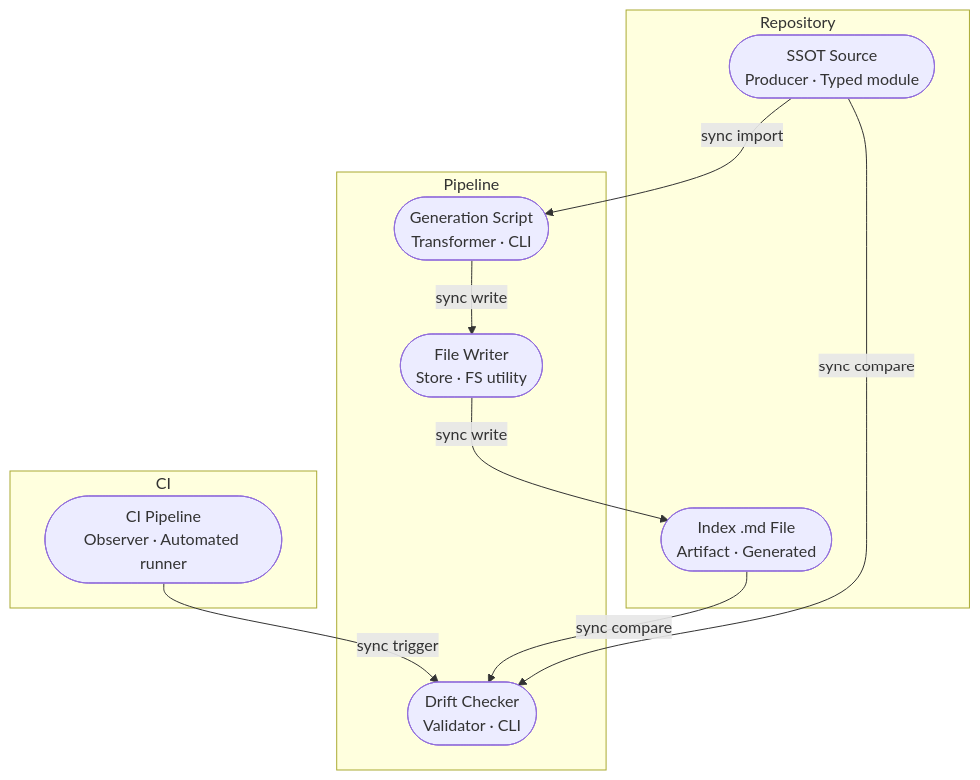
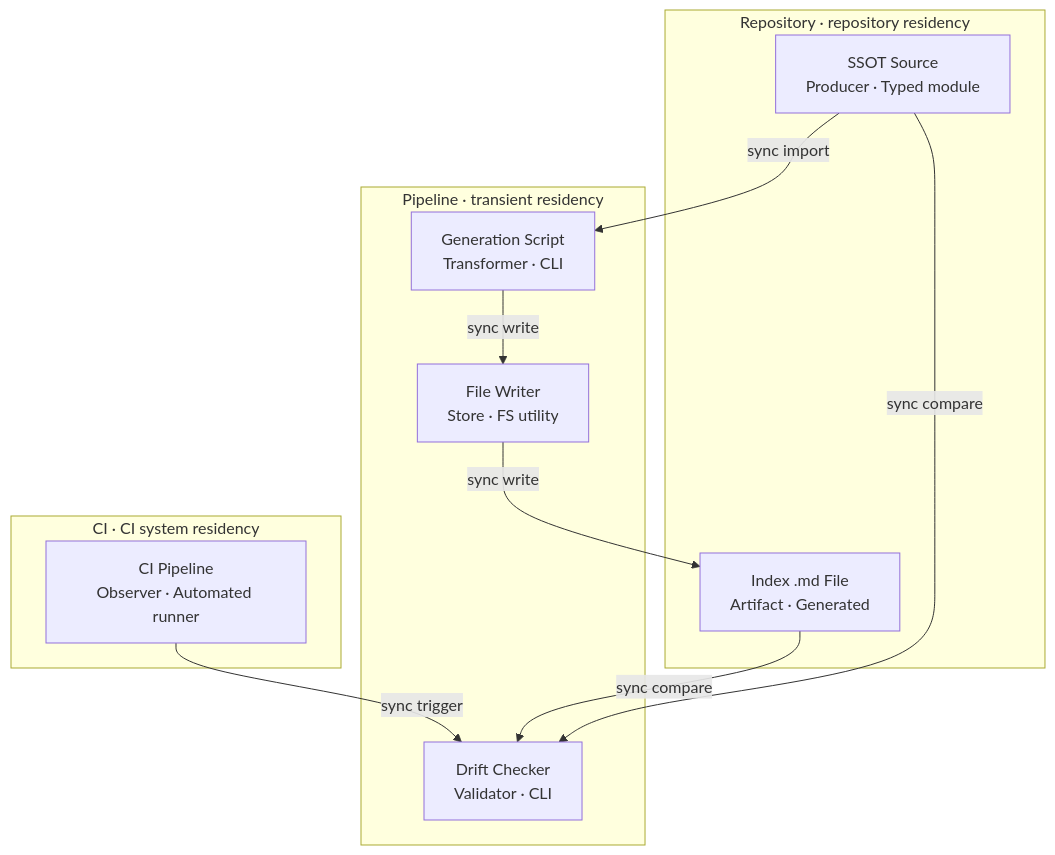
One commit to huijoohwee/huijoohwee.github.io changed the diagram in guidelines/api-reference-update-guidelines.md. Above: the diagram before and after it, drawn with Mermaid. The commit also changed 105 other files, not shown here.

Commit message:
docs(guidelines): modularize guidance and validate canvas diagrams

````diff
--- a/guidelines/api-reference-update-guidelines.md
+++ b/guidelines/api-reference-update-guidelines.md
@@ -176,21 +176,21 @@
 ```mermaid
 flowchart TB
-  subgraph Repository
-    SSOTSource([SSOT Source\nProducer · Typed module])
-    IndexFile([Index .md File\nArtifact · Generated])
+  subgraph repository["Repository · repository residency"]
+    SSOTSource["SSOT Source<br/>Producer · Typed module"]
+    IndexFile["Index .md File<br/>Artifact · Generated"]
   end
-  subgraph Pipeline
-    GenScript([Generation Script\nTransformer · CLI])
-    FileWriter([File Writer\nStore · FS utility])
-    DriftChecker([Drift Checker\nValidator · CLI])
+  subgraph pipeline["Pipeline · transient residency"]
+    GenScript["Generation Script<br/>Transformer · CLI"]
+    FileWriter["File Writer<br/>Store · FS utility"]
+    DriftChecker["Drift Checker<br/>Validator · CLI"]
   end
-  subgraph CI
-    CIPipeline([CI Pipeline\nObserver · Automated runner])
+  subgraph ci["CI · CI system residency"]
+    CIPipeline["CI Pipeline<br/>Observer · Automated runner"]
   end
-  SSOTSource -- sync import --> GenScript
-  GenScript -- sync write --> FileWriter
-  FileWriter -- sync write --> IndexFile
-  IndexFile -- sync compare --> DriftChecker
-  SSOTSource -- sync compare --> DriftChecker
-  CIPipeline -- sync trigger --> DriftChecker
+  SSOTSource -->|"sync import"| GenScript
+  GenScript -->|"sync write"| FileWriter
+  FileWriter -->|"sync write"| IndexFile
+  IndexFile -->|"sync compare"| DriftChecker
+  SSOTSource -->|"sync compare"| DriftChecker
+  CIPipeline -->|"sync trigger"| DriftChecker
 ```
````
